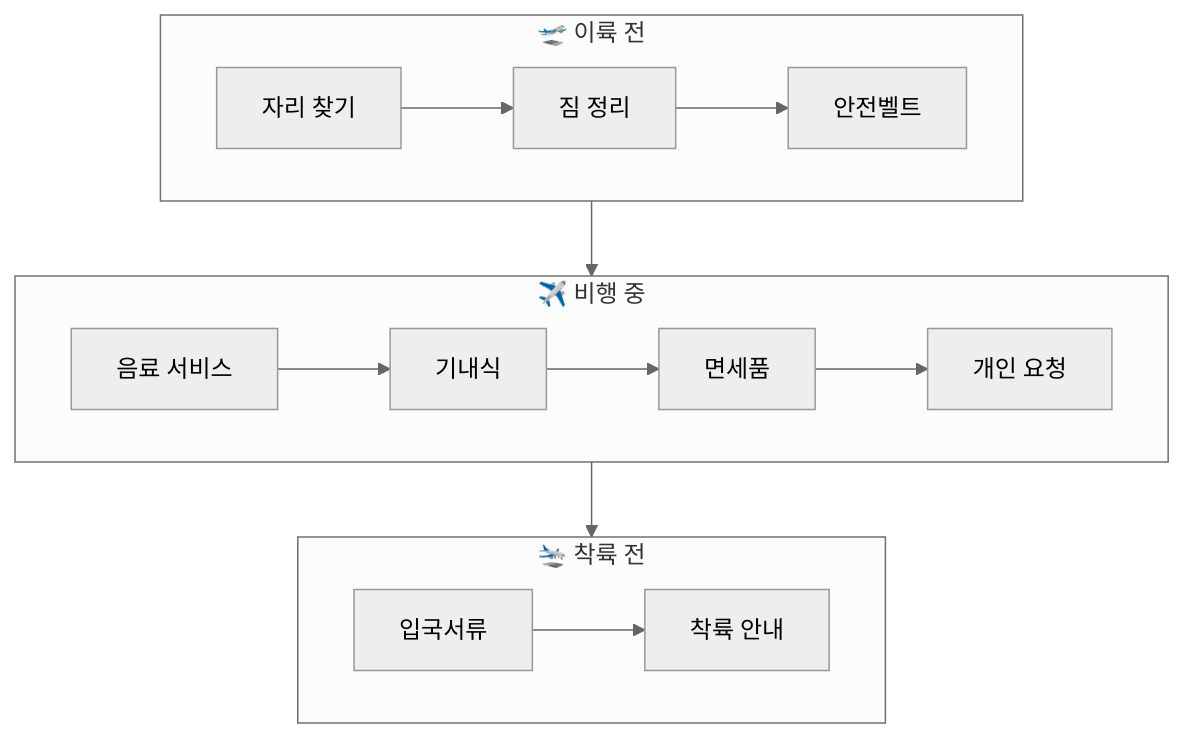
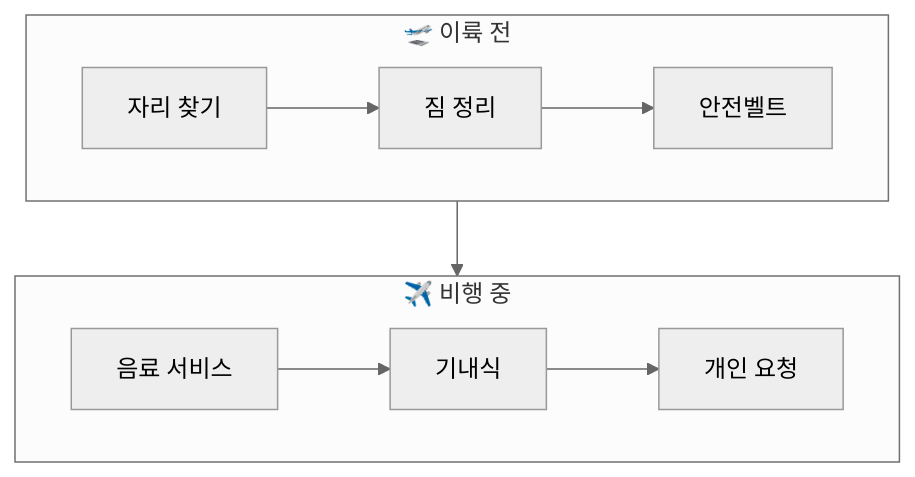
The seventh of 26 diagrams in 영어_일상_회화/travel-english-conversations.md (Collegenie-X/AI-English), drawn with Mermaid (neutral theme) before and after one commit. The commit also changed other lines of this file and 43 other files, not shown here.

````diff
--- a/영어_일상_회화/travel-english-conversations.md
+++ b/영어_일상_회화/travel-english-conversations.md
@@ -248,19 +471,14 @@
 ```mermaid
 flowchart TB
     subgraph 이륙전["🛫 이륙 전"]
         A1[자리 찾기] --> A2[짐 정리]
         A2 --> A3[안전벨트]
     end
     
     subgraph 비행중["✈️ 비행 중"]
         B1[음료 서비스] --> B2[기내식]
-        B2 --> B3[면세품]
-        B3 --> B4[개인 요청]
+        B2 --> B3[개인 요청]
     end
     
-    subgraph 착륙전["🛬 착륙 전"]
-        C1[입국서류] --> C2[착륙 안내]
-    end
-    
-    이륙전 --> 비행중 --> 착륙전
+    이륙전 --> 비행중
 ```
````
